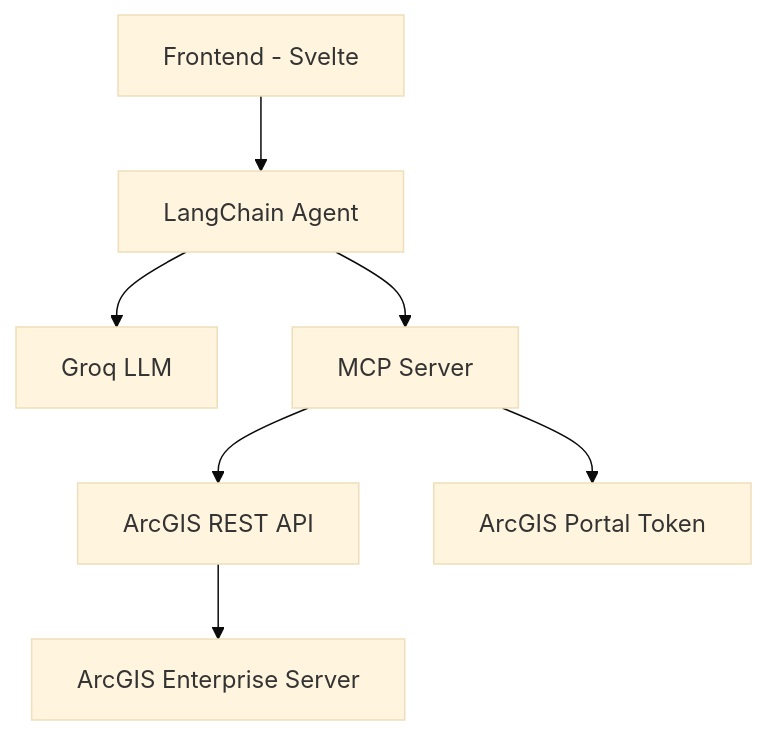
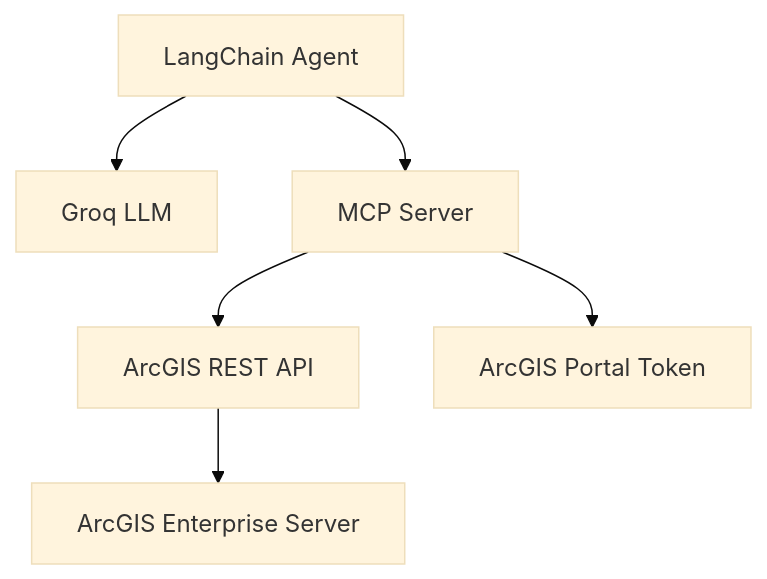
One commit to Suizer98/docker-arcgis-enterprise changed the diagram in README.md. Above: the diagram before and after it, drawn with Mermaid (base theme). The commit also changed other lines of this file, not shown here.

````diff
--- a/README.md
+++ b/README.md
@@ -13,9 +13,8 @@
 ```mermaid
 graph TB
-    A[Frontend - Svelte] --> B[LangChain Agent]
-    B --> C[Groq LLM]
-    B --> D[MCP Server]
-    D --> E[ArcGIS REST API]
-    D --> F[ArcGIS Portal Token]
-    E --> G[ArcGIS Enterprise Server]
+    A[LangChain Agent] --> B[Groq LLM]
+    A --> C[MCP Server]
+    C --> D[ArcGIS REST API]
+    C --> E[ArcGIS Portal Token]
+    D --> F[ArcGIS Enterprise Server]
 ```
````
